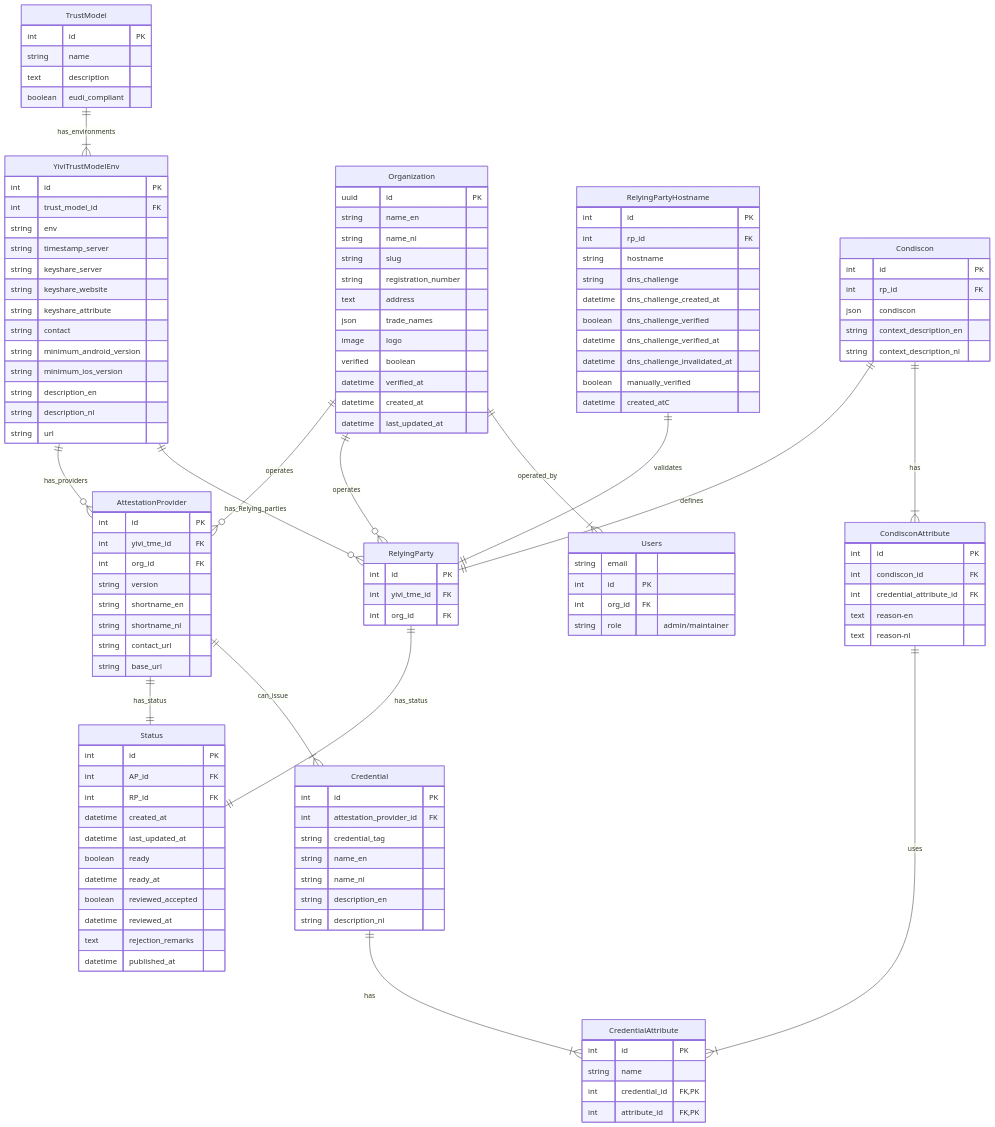
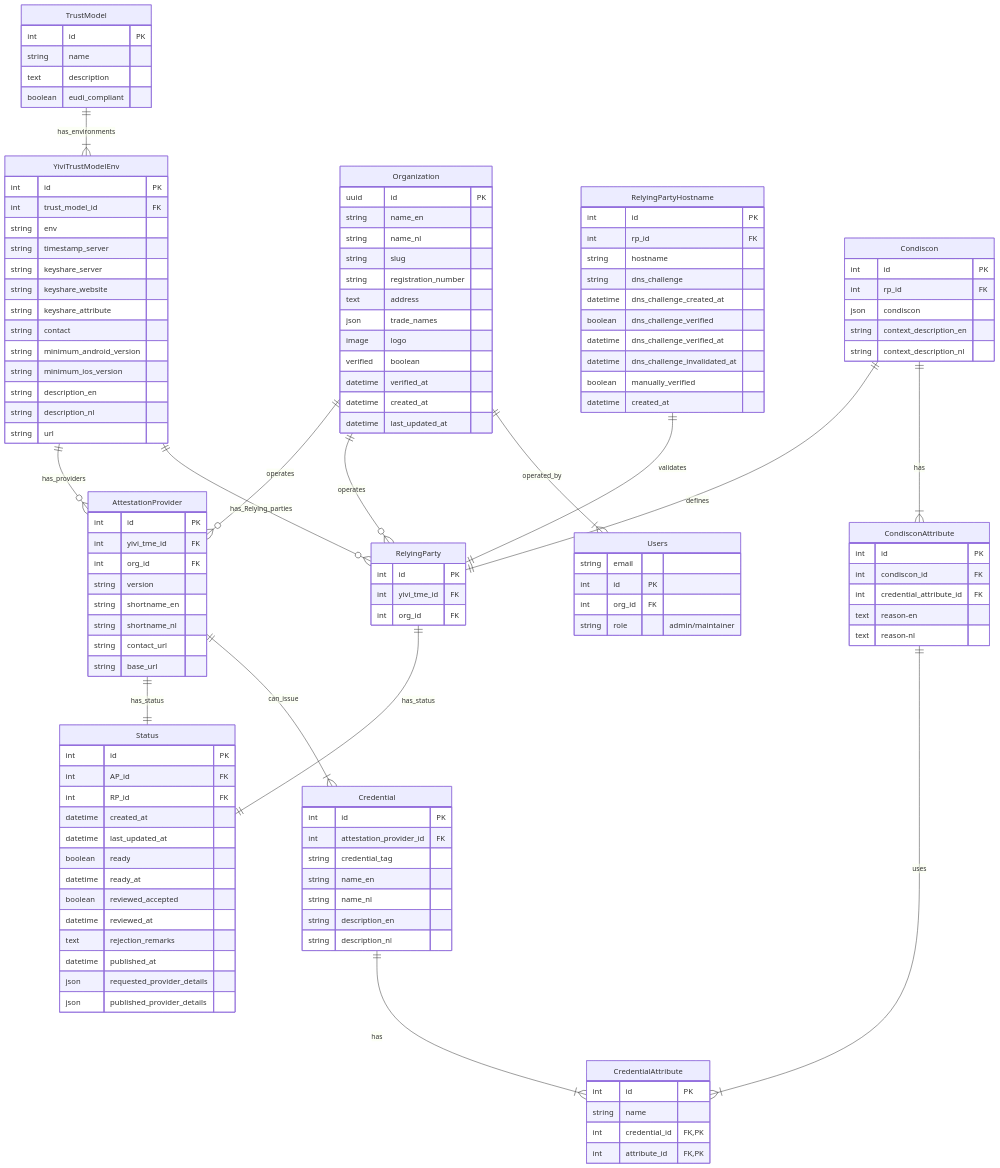
The diagram in portal_backend/dbrelations.mmd (privacybydesign/yivi-portal), drawn with Mermaid before and after one commit. The commit also changed 1 other file, not shown here.

```diff
--- a/portal_backend/dbrelations.mmd
+++ b/portal_backend/dbrelations.mmd
@@ -1,156 +1,158 @@
 erDiagram
     TrustModel ||--|{ YiviTrustModelEnv : "has_environments"
     YiviTrustModelEnv ||--o{ AttestationProvider : "has_providers"
     YiviTrustModelEnv ||--o{ RelyingParty : "has_Relying_parties"
     
     Organization ||--o{ AttestationProvider : "operates"
     Organization ||--o{ RelyingParty : "operates"
     Organization ||--|{ Users : "operated_by"
     
     AttestationProvider ||--|| Status : "has_status"
     RelyingParty ||--|| Status : "has_status"
     %% StatusAP ||--|| Status: "has_details"
     %% StatusRP ||--|| Status: "has_details"
 
                            
     RelyingPartyHostname ||--|| RelyingParty : "validates"
     
     Condiscon ||--|| RelyingParty : "defines"
     
     Condiscon ||--|{ CondisconAttribute : "has"
     CondisconAttribute ||--|{ CredentialAttribute : "uses"
     AttestationProvider ||--|{ Credential : "can_issue"
     Credential ||--|{ CredentialAttribute : "has"
 
     TrustModel {
         int id PK
         string name 
         text description
         boolean eudi_compliant
     }
 
     YiviTrustModelEnv {
         int id PK
         int trust_model_id FK
         string env
         string timestamp_server
         string keyshare_server
         string keyshare_website
         string keyshare_attribute
         string contact
         string minimum_android_version
         string minimum_ios_version
         string description_en
         string description_nl
         string url
     }
     
     AttestationProvider {
         int id PK
         int yivi_tme_id FK
         int org_id FK
         string version
         string shortname_en
         string shortname_nl
         string contact_url
         string base_url
     }
 
     Credential {
         int id PK
         int attestation_provider_id FK
         string credential_tag
         string name_en
         string name_nl
         string description_en
         string description_nl
     }
 
     CredentialAttribute {
         int id PK
         string name
         int credential_id FK,PK
         int attribute_id FK,PK
     }
 
     CondisconAttribute {
         int id PK
         int condiscon_id FK
         int credential_attribute_id FK
         text reason-en
         text reason-nl
 
     }
 
     RelyingParty {
         int id PK
         int yivi_tme_id FK
-        int org_id FK        
+        int org_id FK     
     }
 
     Status {
         int id PK
         int AP_id FK
         int RP_id FK
         datetime created_at
         datetime last_updated_at
         boolean ready
         datetime ready_at
         boolean reviewed_accepted
         datetime reviewed_at
         text rejection_remarks
         datetime published_at
+        json requested_provider_details
+        json published_provider_details
     }
 
     %% StatusAP{
     %%     int id
     %%     int ap_id FK
     %%     int status_id FK
     %% }
 
     %% StatusRP{int id 
     %%          int rp_id FK
     %%          int status_id FK}
 
     Organization {
         uuid id PK
         string name_en
         string name_nl
         string slug 
         string registration_number
         text address
         json trade_names
         image logo
         verified boolean
         datetime verified_at 
         datetime created_at
         datetime last_updated_at
     }
 
     Users {
         string email
         int id PK
         int org_id FK
         string role "admin/maintainer"
     }
 
     RelyingPartyHostname {
         int id PK
         int rp_id FK
         string hostname
         string dns_challenge
         datetime dns_challenge_created_at
         boolean dns_challenge_verified
         datetime dns_challenge_verified_at
         datetime dns_challenge_invalidated_at
         boolean manually_verified
-        datetime created_atC
+        datetime created_at
     }
 
     Condiscon {
         int id PK
         int rp_id FK
         json condiscon
         string context_description_en
         string context_description_nl
     }
```
